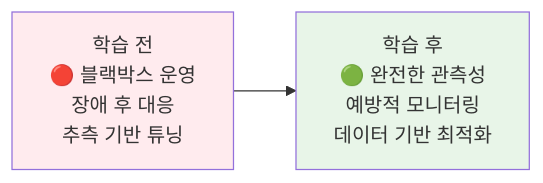
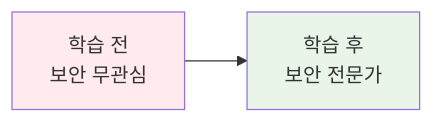
Before and after one commit to niceguy61/kdt_devops_lecture_2025: the first of 4 diagrams in theory/week_02/day3/session_1.md, drawn with Mermaid. The commit also changed other lines of this file and 68 other files, not shown here.

````diff
--- a/theory/week_02/day3/session_1.md
+++ b/theory/week_02/day3/session_1.md
@@ -36,7 +32,7 @@
 ```mermaid
 graph LR
-    A[학습 전<br/>🔴 블랙박스 운영<br/>장애 후 대응<br/>추측 기반 튜닝] --> B[학습 후<br/>🟢 완전한 관측성<br/>예방적 모니터링<br/>데이터 기반 최적화]
+    A[학습 전<br/>보안 무관심] --> B[학습 후<br/>보안 전문가]
     
     style A fill:#ffebee
     style B fill:#e8f5e8
 ```
````
